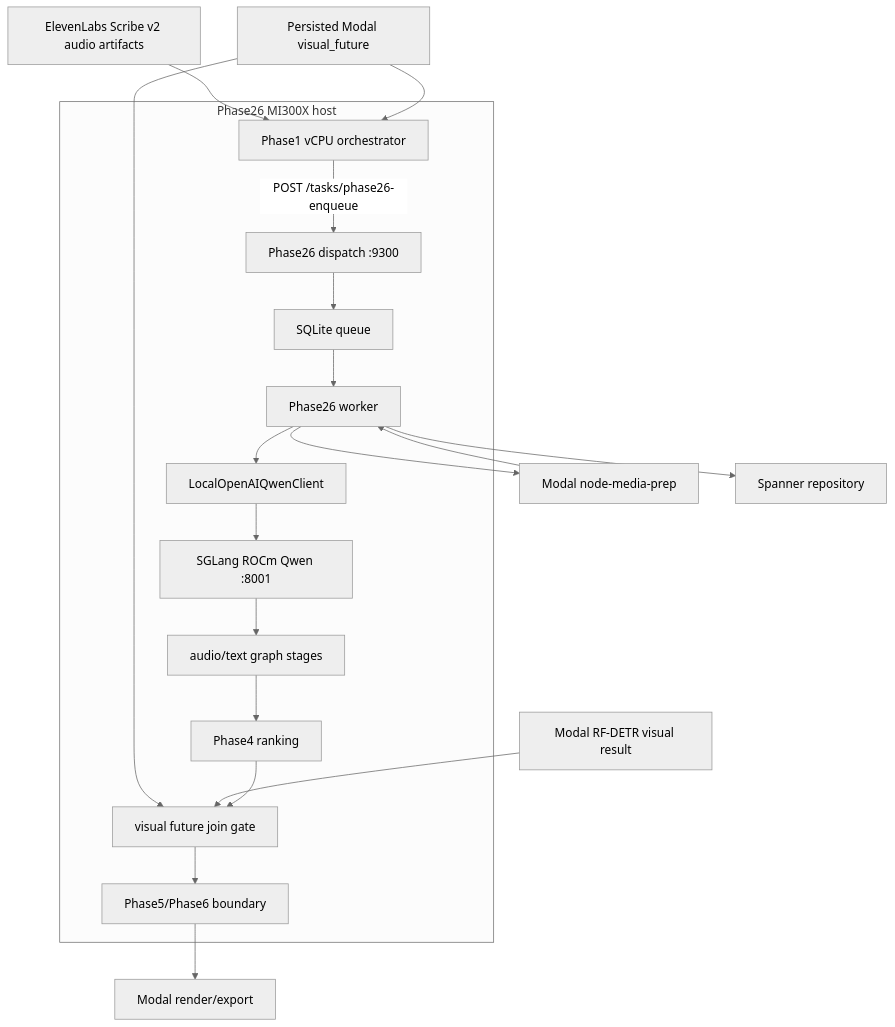
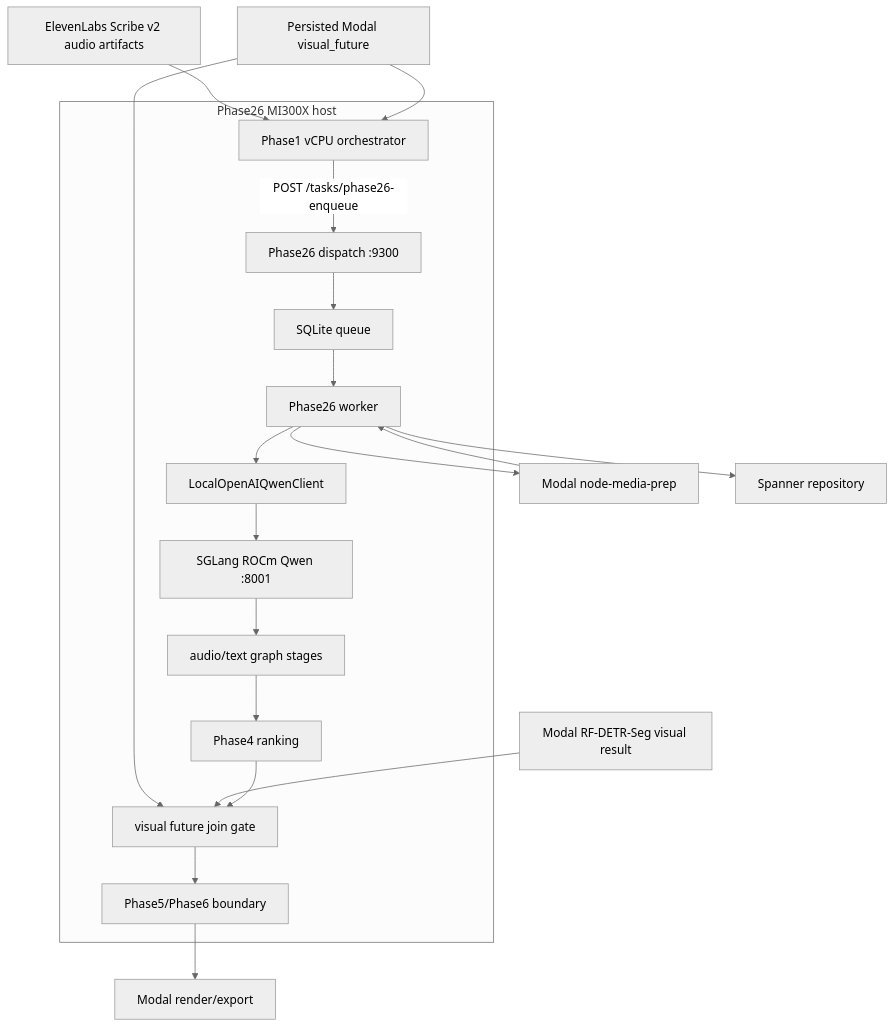
Before and after one commit to ClyptAI/Clypt-Backend: the first of 5 diagrams in docs/specs/2026-05-02_phase26_amd_mi300x_sglang_qwen_spec.md, drawn with Mermaid (neutral theme). The commit also changed 29 other files, not shown here.

First line of the commit message:
Use RF-DETR-Seg Nano for Modal visual masks

````diff
--- a/docs/specs/2026-05-02_phase26_amd_mi300x_sglang_qwen_spec.md
+++ b/docs/specs/2026-05-02_phase26_amd_mi300x_sglang_qwen_spec.md
@@ -69,33 +69,33 @@
 ```mermaid
 flowchart TD
   SCRIBE["ElevenLabs Scribe v2 audio artifacts"]
   VISF["Persisted Modal visual_future"]
-  VIS["Modal RF-DETR visual result"]
+  VIS["Modal RF-DETR-Seg visual result"]
   MOD["Modal node-media-prep"]
   RENDER["Modal render/export"]
   SP["Spanner repository"]
 
   subgraph P26["Phase26 MI300X host"]
     P1["Phase1 vCPU orchestrator"]
     D["Phase26 dispatch :9300"]
     Q["SQLite queue"]
     W["Phase26 worker"]
     LLM["LocalOpenAIQwenClient"]
     SG["SGLang ROCm Qwen :8001"]
     TEXT["audio/text graph stages"]
     JOIN["visual future join gate"]
     RANK["Phase4 ranking"]
     P56["Phase5/Phase6 boundary"]
   end
 
   SCRIBE --> P1
   VISF --> P1
   P1 -->|POST /tasks/phase26-enqueue| D --> Q --> W
   W --> LLM --> SG --> TEXT --> RANK
   VISF --> JOIN
   VIS --> JOIN
   RANK --> JOIN --> P56
   W --> MOD --> W
   P56 --> RENDER
   W --> SP
 ```
````
